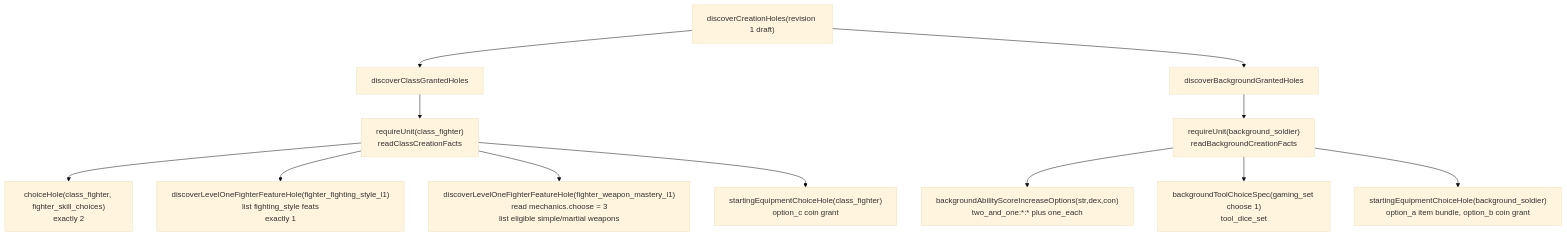
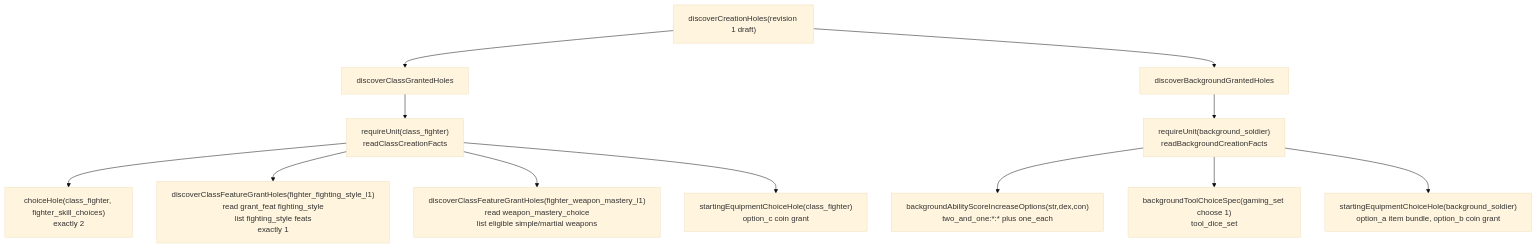
The sixth of 10 diagrams in packages/character-creation-runtime/EXPLANATORY_TIME_DIAGRAM.md (dearlordylord/5e-quint), drawn with Mermaid (base theme) before and after one commit. The commit also changed other lines of this file and 21 other files, not shown here.

````diff
--- a/packages/character-creation-runtime/EXPLANATORY_TIME_DIAGRAM.md
+++ b/packages/character-creation-runtime/EXPLANATORY_TIME_DIAGRAM.md
@@ -356,24 +359,24 @@
 ```mermaid
 flowchart TD
   D["discoverCreationHoles(revision 1 draft)"]
   Class["discoverClassGrantedHoles"]
   ClassRead["requireUnit(class_fighter)<br/>readClassCreationFacts"]
   Skills["choiceHole(class_fighter, fighter_skill_choices)<br/>exactly 2"]
-  Style["discoverLevelOneFighterFeatureHole(fighter_fighting_style_l1)<br/>list fighting_style feats<br/>exactly 1"]
-  Mastery["discoverLevelOneFighterFeatureHole(fighter_weapon_mastery_l1)<br/>read mechanics.choose = 3<br/>list eligible simple/martial weapons"]
+  Style["discoverClassFeatureGrantHoles(fighter_fighting_style_l1)<br/>read grant_feat fighting_style<br/>list fighting_style feats<br/>exactly 1"]
+  Mastery["discoverClassFeatureGrantHoles(fighter_weapon_mastery_l1)<br/>read weapon_mastery_choice<br/>list eligible simple/martial weapons"]
   ClassEquip["startingEquipmentChoiceHole(class_fighter)<br/>option_c coin grant"]
 
   Background["discoverBackgroundGrantedHoles"]
   BgRead["requireUnit(background_soldier)<br/>readBackgroundCreationFacts"]
   ASI["backgroundAbilityScoreIncreaseOptions(str,dex,con)<br/>two_and_one:*:* plus one_each"]
   Tool["backgroundToolChoiceSpec(gaming_set choose 1)<br/>tool_dice_set"]
   BgEquip["startingEquipmentChoiceHole(background_soldier)<br/>option_a item bundle, option_b coin grant"]
 
   D --> Class --> ClassRead --> Skills
   ClassRead --> Style
   ClassRead --> Mastery
   ClassRead --> ClassEquip
   D --> Background --> BgRead --> ASI
   BgRead --> Tool
   BgRead --> BgEquip
 ```
````
